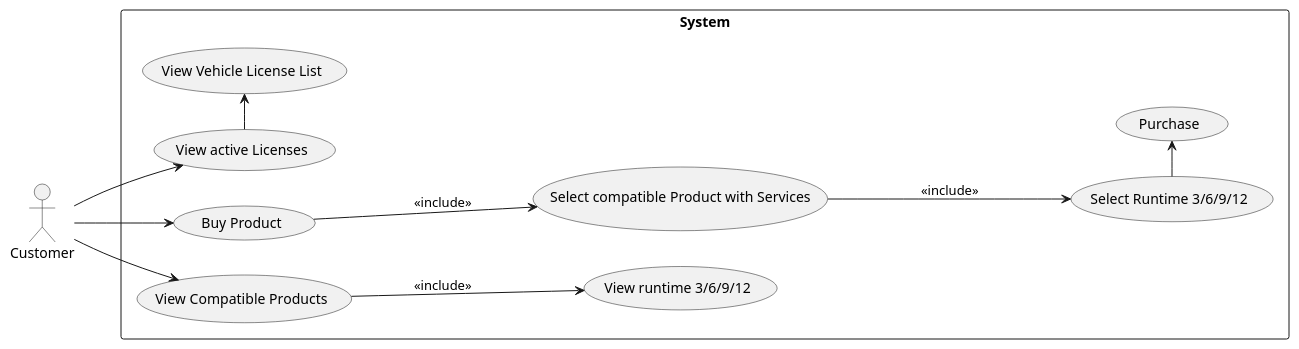
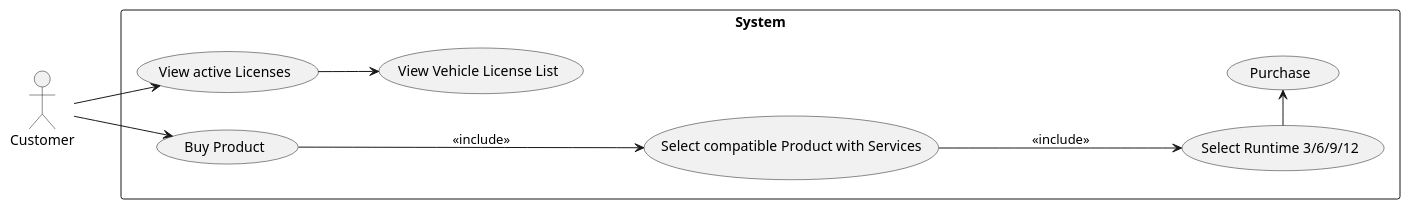
The diagram in use case.puml (ljbg1996/car-backend), drawn with PlantUML before and after one commit.

Commit message:
use case angepasst (auskommentiert)

```diff
--- a/use case.puml
+++ b/use case.puml
@@ -1,25 +1,25 @@
 @startuml
 left to right direction
 
 actor "Customer" as at
 rectangle System{
 
 
 
 (Buy Product) ---> (Select compatible Product with Services): <<include>>
 (Select compatible Product with Services) ----> (Select Runtime 3/6/9/12): <<include>>
 (Select Runtime 3/6/9/12) ->(Purchase)
 
 
 
-(View Compatible Products)---> (View runtime 3/6/9/12): << include>>
+'(View Compatible Products)---> (View runtime 3/6/9/12): << include>>
 
 
-(View active Licenses)->(View Vehicle License List)
+(View active Licenses)-->(View Vehicle License List)
 }
 
-at --> (View Compatible Products)
+'at --> (View Compatible Products)
 at --> (Buy Product)
 at -> (View active Licenses)
 
 @enduml
```
